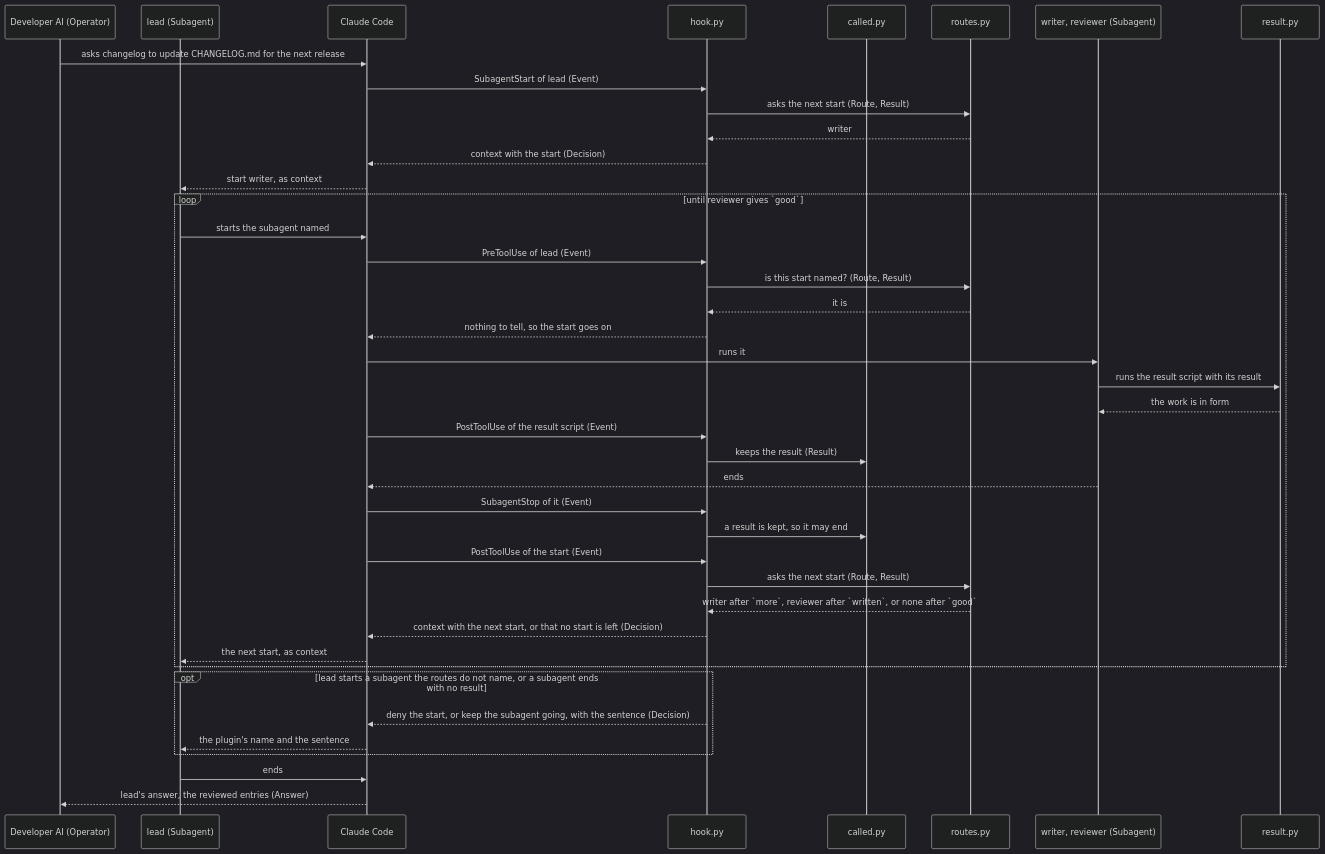
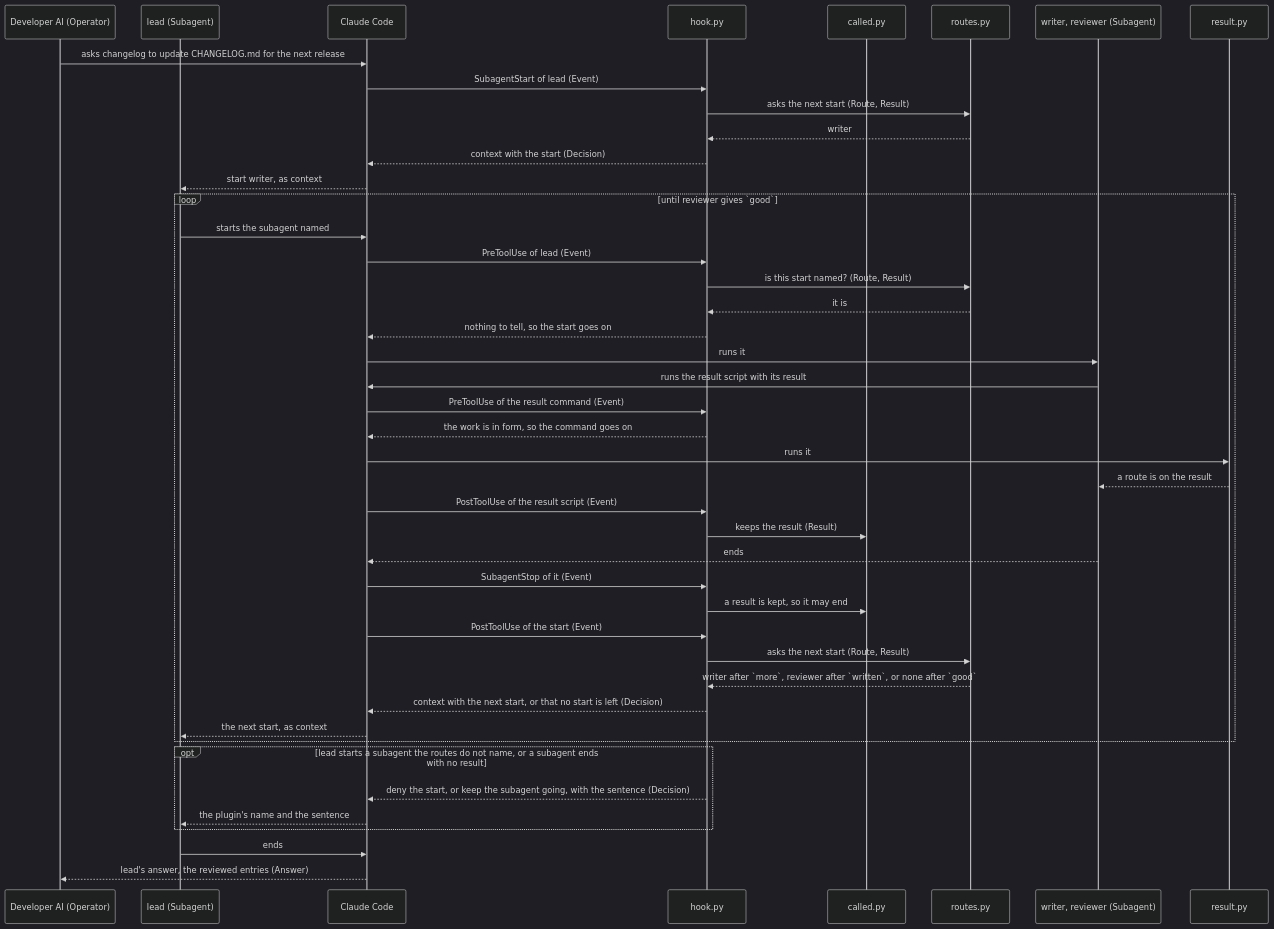
Before and after one commit to lovaizu/ccpm: the fourth of 5 diagrams in dev/lane/architecture.md, drawn with Mermaid (dark theme). The commit also changed other lines of this file and 54 other files, not shown here.

First line of the commit message:
lane: U3, the other lanes, a subagent's part given whole at SubagentStart, values for a run, adapters and hold; the checks of the end made by the guard as the result command is about to run, as the result script is given no agent_id (to be put to the user); CHANGELOG on the current shape

````diff
--- a/dev/lane/architecture.md
+++ b/dev/lane/architecture.md
@@ -239,43 +244,46 @@
 ```mermaid
 sequenceDiagram
   participant OP as Developer AI (Operator)
   participant O as lead (Subagent)
   participant CC as Claude Code
   participant H as hook.py
   participant C as called.py
   participant RT as routes.py
   participant S as writer, reviewer (Subagent)
   participant RS as result.py
   OP->>CC: asks changelog to update CHANGELOG.md for the next release
   CC->>H: SubagentStart of lead (Event)
   H->>RT: asks the next start (Route, Result)
   RT-->>H: writer
   H-->>CC: context with the start (Decision)
   CC-->>O: start writer, as context
   loop until reviewer gives `good`
     O->>CC: starts the subagent named
     CC->>H: PreToolUse of lead (Event)
     H->>RT: is this start named? (Route, Result)
     RT-->>H: it is
     H-->>CC: nothing to tell, so the start goes on
     CC->>S: runs it
-    S->>RS: runs the result script with its result
-    RS-->>S: the work is in form
+    S->>CC: runs the result script with its result
+    CC->>H: PreToolUse of the result command (Event)
+    H-->>CC: the work is in form, so the command goes on
+    CC->>RS: runs it
+    RS-->>S: a route is on the result
     CC->>H: PostToolUse of the result script (Event)
     H->>C: keeps the result (Result)
     S-->>CC: ends
     CC->>H: SubagentStop of it (Event)
     H->>C: a result is kept, so it may end
     CC->>H: PostToolUse of the start (Event)
     H->>RT: asks the next start (Route, Result)
     RT-->>H: writer after `more`, reviewer after `written`, or none after `good`
     H-->>CC: context with the next start, or that no start is left (Decision)
     CC-->>O: the next start, as context
   end
   opt lead starts a subagent the routes do not name, or a subagent ends with no result
     H-->>CC: deny the start, or keep the subagent going, with the sentence (Decision)
     CC-->>O: the plugin's name and the sentence
   end
   O->>CC: ends
   CC-->>OP: lead's answer, the reviewed entries (Answer)
 ```
````
